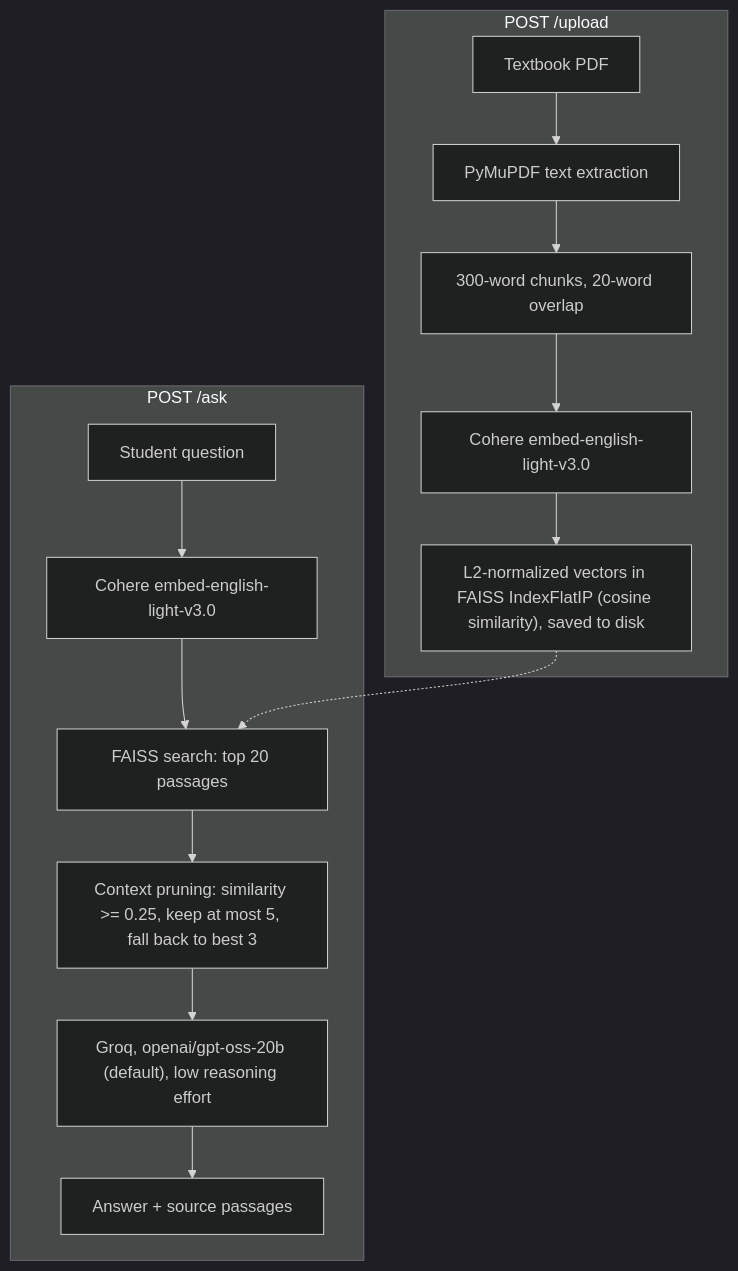
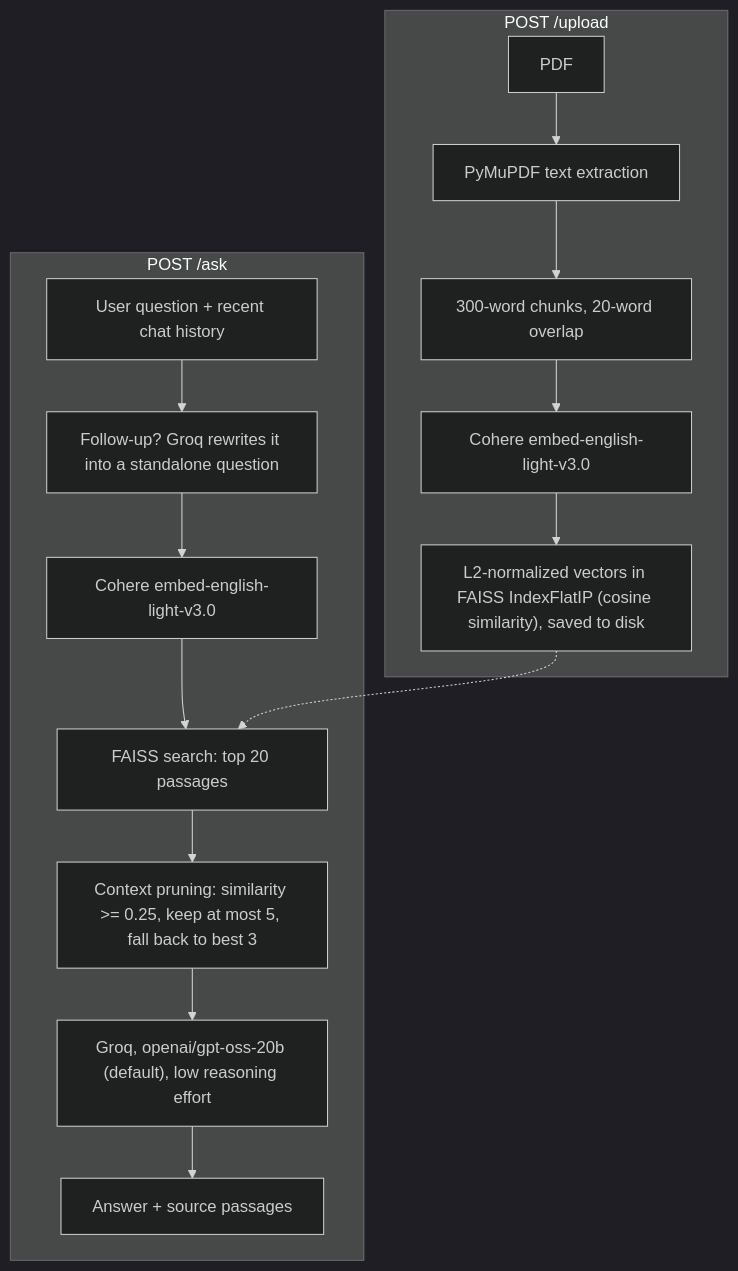
One commit to sourabh-550/VidyaAI changed the diagram in README.md. Above: the diagram before and after it, drawn with Mermaid (dark theme). The commit also changed other lines of this file and 19 other files, not shown here.

````diff
--- a/README.md
+++ b/README.md
@@ -25,18 +27,19 @@
 ```mermaid
 flowchart TD
     subgraph Upload["POST /upload"]
-        A["Textbook PDF"] --> B["PyMuPDF text extraction"]
+        A["PDF"] --> B["PyMuPDF text extraction"]
         B --> C["300-word chunks, 20-word overlap"]
         C --> D["Cohere embed-english-light-v3.0"]
         D --> E["L2-normalized vectors in FAISS IndexFlatIP (cosine similarity), saved to disk"]
     end
 
     subgraph Ask["POST /ask"]
-        Q["Student question"] --> F["Cohere embed-english-light-v3.0"]
+        Q["User question + recent chat history"] --> R["Follow-up? Groq rewrites it into a standalone question"]
+        R --> F["Cohere embed-english-light-v3.0"]
         F --> G["FAISS search: top 20 passages"]
         E -.-> G
         G --> H["Context pruning: similarity >= 0.25, keep at most 5, fall back to best 3"]
         H --> I["Groq, openai/gpt-oss-20b (default), low reasoning effort"]
         I --> J["Answer + source passages"]
     end
 ```
````
